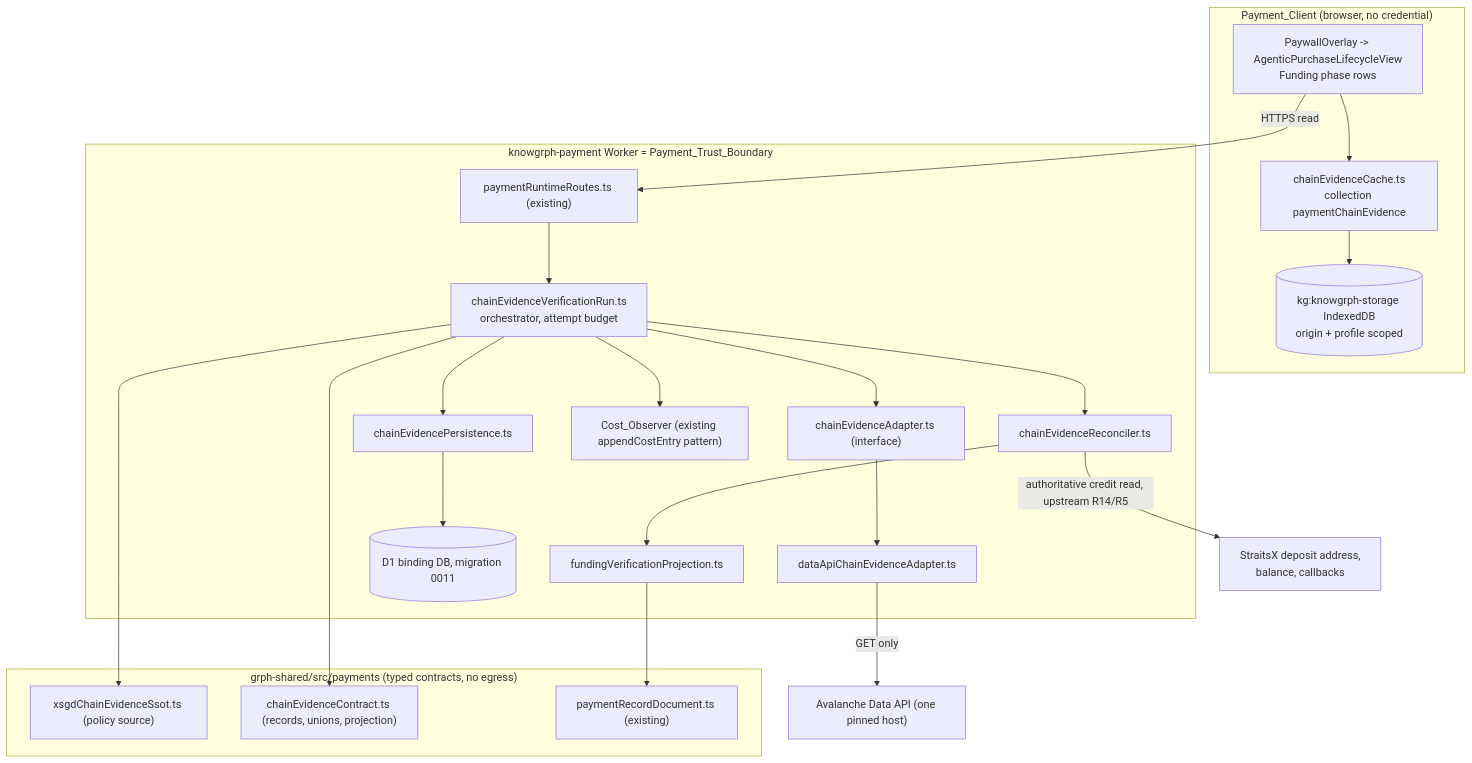
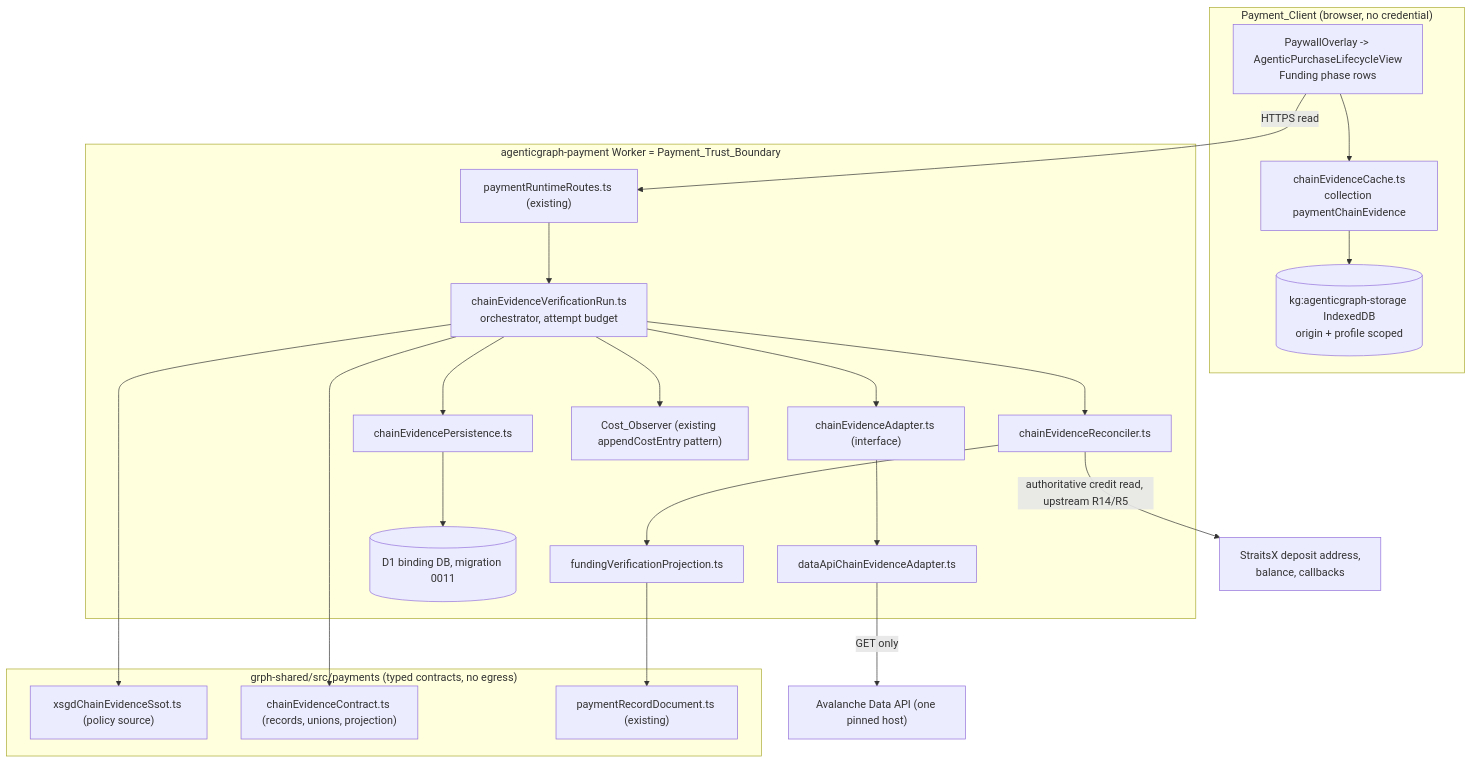
One commit to huijoohwee/agentic-graph changed the first of 3 diagrams in .kiro/specs/xsgd-onchain-verification/design.md. Above: the diagram before and after it, drawn with Mermaid. The commit also changed other lines of this file and 1074 other files, not shown here.

First line of the commit message:
docs: rebrand knowgrph to agenticgraph in docs, specs, and markdown

````diff
--- a/.kiro/specs/xsgd-onchain-verification/design.md
+++ b/.kiro/specs/xsgd-onchain-verification/design.md
@@ -78,32 +78,32 @@
 ```mermaid
 flowchart TB
   subgraph Client["Payment_Client (browser, no credential)"]
     PW["PaywallOverlay -> AgenticPurchaseLifecycleView<br/>Funding phase rows"]
     EC["chainEvidenceCache.ts<br/>collection paymentChainEvidence"]
-    DB0[("kg:knowgrph-storage IndexedDB<br/>origin + profile scoped")]
+    DB0[("kg:agenticgraph-storage IndexedDB<br/>origin + profile scoped")]
     PW --> EC --> DB0
   end
   subgraph Shared["grph-shared/src/payments (typed contracts, no egress)"]
     SSOT["xsgdChainEvidenceSsot.ts (policy source)"]
     CEC["chainEvidenceContract.ts (records, unions, projection)"]
     REC["paymentRecordDocument.ts (existing)"]
   end
-  subgraph Worker["knowgrph-payment Worker = Payment_Trust_Boundary"]
+  subgraph Worker["agenticgraph-payment Worker = Payment_Trust_Boundary"]
     RT["paymentRuntimeRoutes.ts (existing)"]
     VR["chainEvidenceVerificationRun.ts<br/>orchestrator, attempt budget"]
     AD["chainEvidenceAdapter.ts (interface)"] --> DA["dataApiChainEvidenceAdapter.ts"]
     RC["chainEvidenceReconciler.ts"] --> PJ["fundingVerificationProjection.ts"]
     PS["chainEvidencePersistence.ts"] --> D1[("D1 binding DB, migration 0011")]
     CO["Cost_Observer (existing appendCostEntry pattern)"]
     RT --> VR --> AD
     VR --> RC
     VR --> CO
     VR --> PS
   end
   PW -- "HTTPS read" --> RT
   DA -- "GET only" --> EXT["Avalanche Data API (one pinned host)"]
   RC -- "authoritative credit read, upstream R14/R5" --> PROV["StraitsX deposit address,<br/>balance, callbacks"]
   VR --> SSOT
   VR --> CEC
   PJ --> REC
 ```
````
